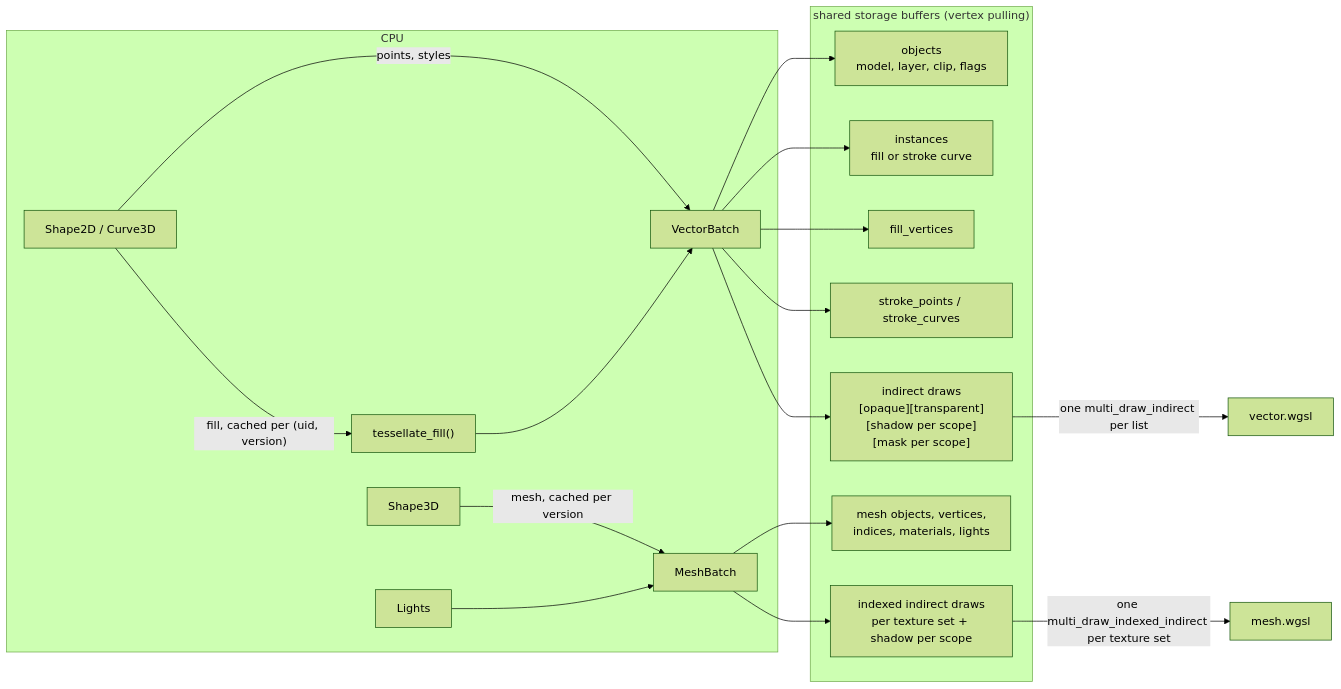
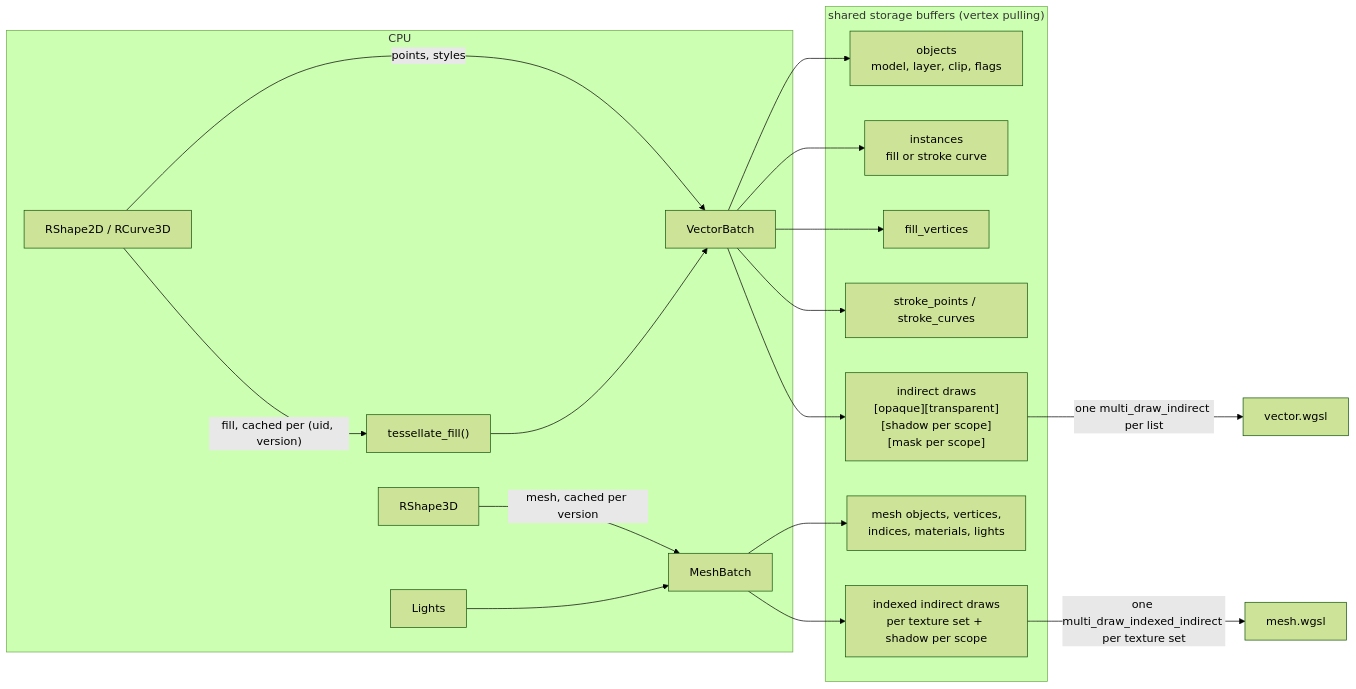
The third of 6 diagrams in manimx/manimx/renderer/README.md (MrDiver/manim), drawn with Mermaid (forest theme) before and after one commit. The commit also changed other lines of this file and 52 other files, not shown here.

````diff
--- a/manimx/manimx/renderer/README.md
+++ b/manimx/manimx/renderer/README.md
@@ -229,20 +229,20 @@
 ```mermaid
 flowchart LR
     subgraph CPU
-        S["Shape2D / Curve3D"] -->|"points, styles"| VB["VectorBatch"]
+        S["RShape2D / RCurve3D"] -->|"points, styles"| VB["VectorBatch"]
         S -->|"fill, cached per (uid, version)"| T["tessellate_fill()"] --> VB
-        M["Shape3D"] -->|"mesh, cached per version"| MB["MeshBatch"]
+        M["RShape3D"] -->|"mesh, cached per version"| MB["MeshBatch"]
         Li["Lights"] --> MB
     end
     subgraph Buffers["shared storage buffers (vertex pulling)"]
         VB --> O["objects<br/>model, layer, clip, flags"]
         VB --> I["instances<br/>fill or stroke curve"]
         VB --> FV["fill_vertices"]
         VB --> SP["stroke_points / stroke_curves"]
         VB --> ID["indirect draws<br/>[opaque][transparent][shadow per scope][mask per scope]"]
         MB --> MO["mesh objects, vertices,<br/>indices, materials, lights"]
         MB --> MD["indexed indirect draws<br/>per texture set + shadow per scope"]
     end
     ID -->|"one multi_draw_indirect per list"| VP["vector.wgsl"]
     MD -->|"one multi_draw_indexed_indirect per texture set"| MP["mesh.wgsl"]
 ```
````
